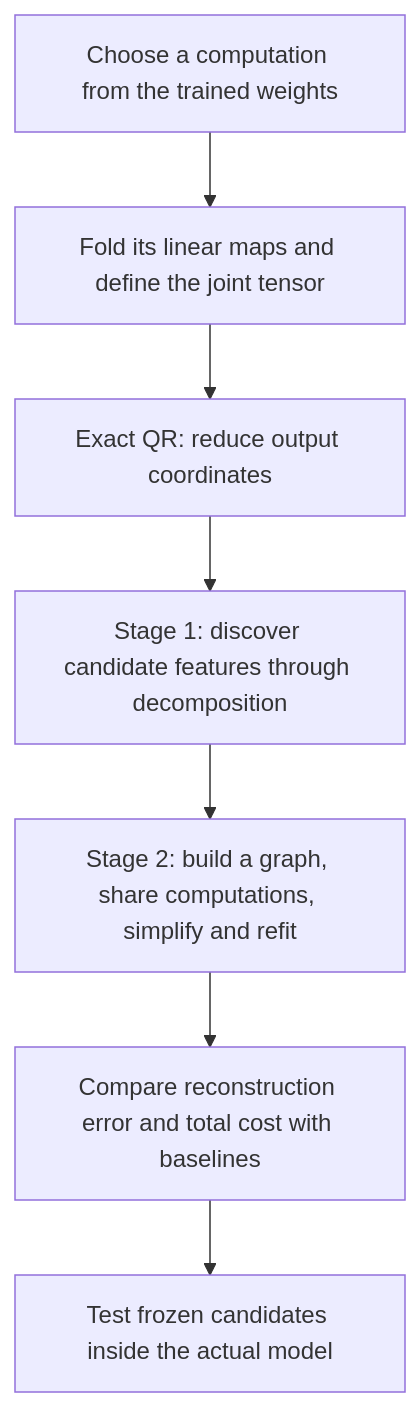
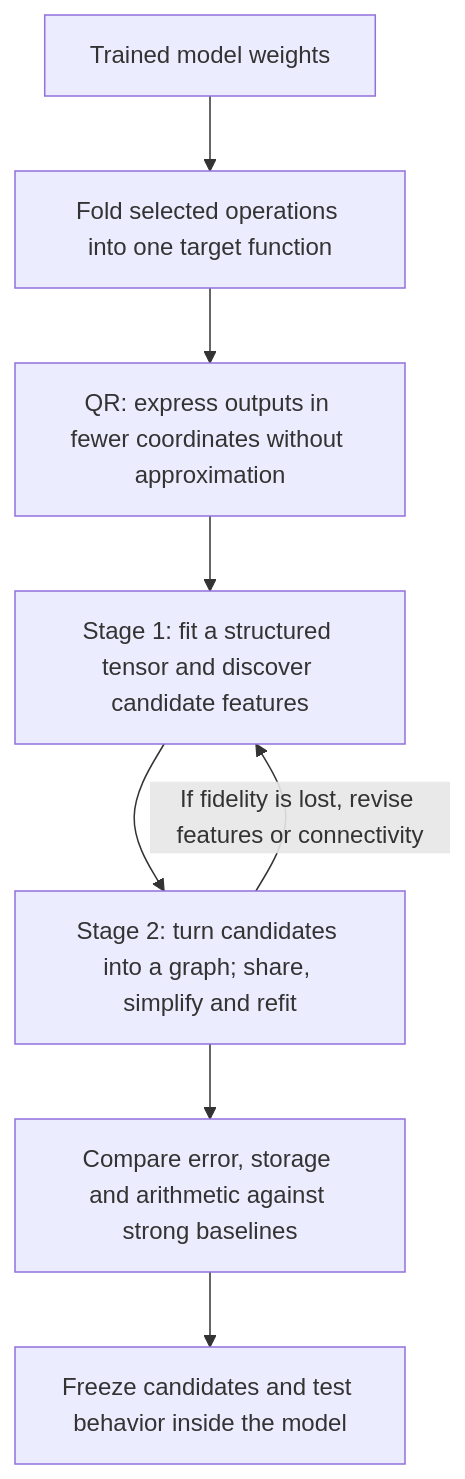
One commit to loganriggs/tensor_language changed the first of 2 diagrams in basis_aligned/polynomial_causal/explanations/for_logan/research_update_2026-09-21_0104_full_coverage_and_shared_baselines.md. Above: the diagram before and after it, drawn with Mermaid. The commit also changed other lines of this file and 14 other files, not shown here.

Commit message:
Explain two-stage trajectory and diagnose native stall with equivalent private coordinates

````diff
--- a/basis_aligned/polynomial_causal/explanations/for_logan/research_update_2026-09-21_0104_full_coverage_and_shared_baselines.md
+++ b/basis_aligned/polynomial_causal/explanations/for_logan/research_update_2026-09-21_0104_full_coverage_and_shared_baselines.md
@@ -11,9 +11,10 @@
 ```mermaid
 flowchart TD
-    A[Choose a computation from the trained weights] --> B[Fold its linear maps and define the joint tensor]
-    B --> C[Exact QR: reduce output coordinates]
-    C --> D[Stage 1: discover candidate features through decomposition]
-    D --> E[Stage 2: build a graph, share computations, simplify and refit]
-    E --> F[Compare reconstruction error and total cost with baselines]
-    F --> G[Test frozen candidates inside the actual model]
+    A[Trained model weights] --> B[Fold selected operations into one target function]
+    B --> C[QR: express outputs in fewer coordinates without approximation]
+    C --> D[Stage 1: fit a structured tensor and discover candidate features]
+    D --> E[Stage 2: turn candidates into a graph; share, simplify and refit]
+    E --> F[Compare error, storage and arithmetic against strong baselines]
+    F --> G[Freeze candidates and test behavior inside the model]
+    E -->|If fidelity is lost, revise features or connectivity| D
 ```
````
